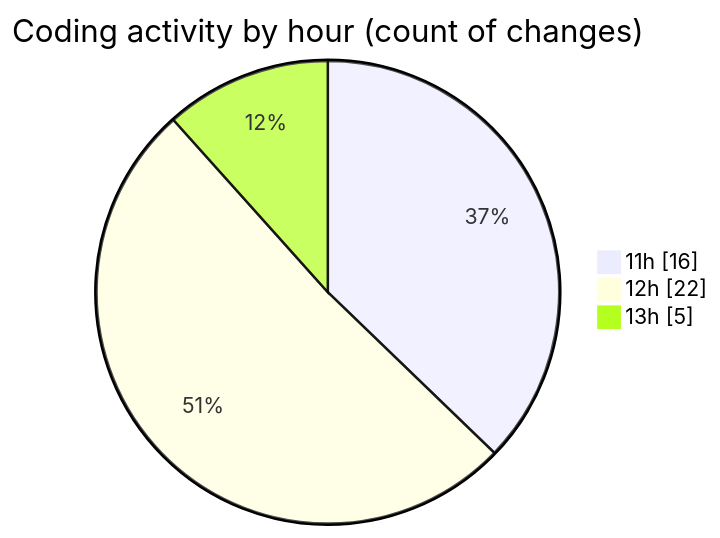
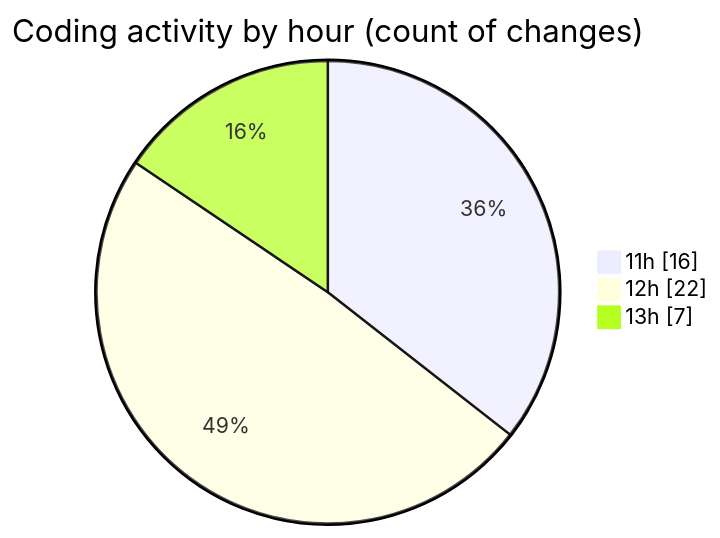
One commit to donsfak/code-tracking changed the second of 2 diagrams in 2025-03-25/wordle/README.md. Above: the diagram before and after it, drawn with Mermaid. The commit also changed other lines of this file and 1 other file, not shown here.

````diff
--- a/2025-03-25/wordle/README.md
+++ b/2025-03-25/wordle/README.md
@@ -34,7 +34,7 @@
 ```mermaid
 pie showData
 title Coding activity by hour (count of changes)
 "11h" : 16
 "12h" : 22
-"13h" : 5
+"13h" : 7
 ```
````
